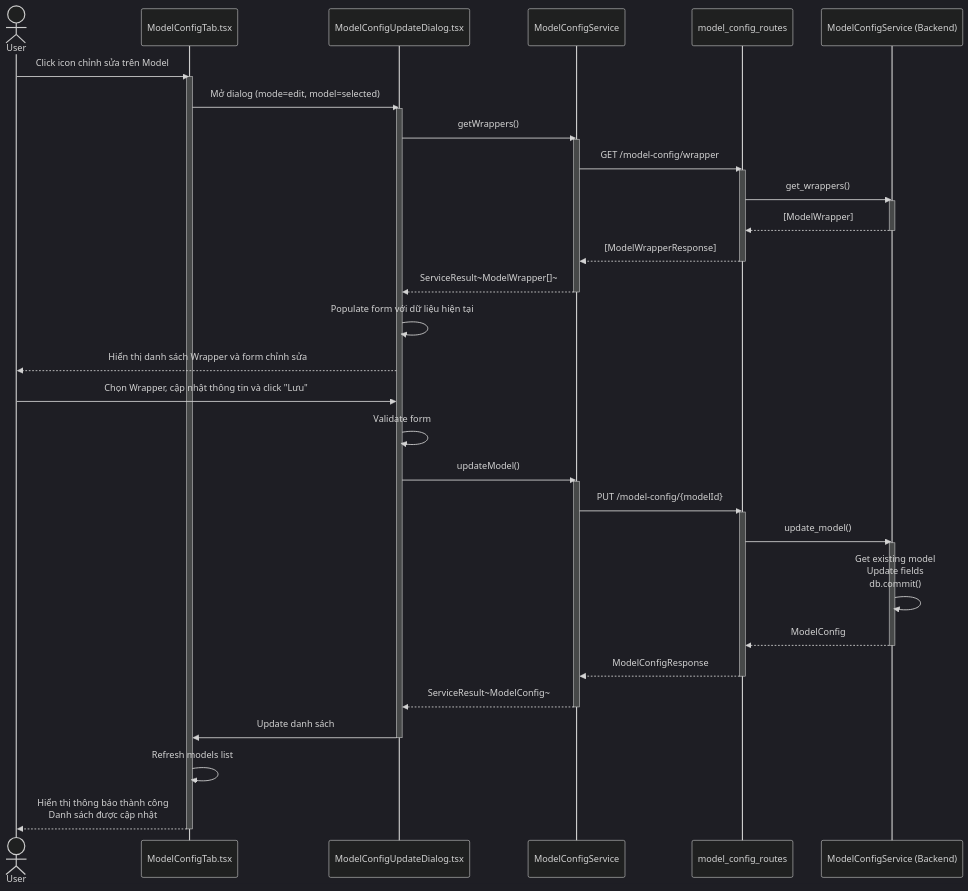
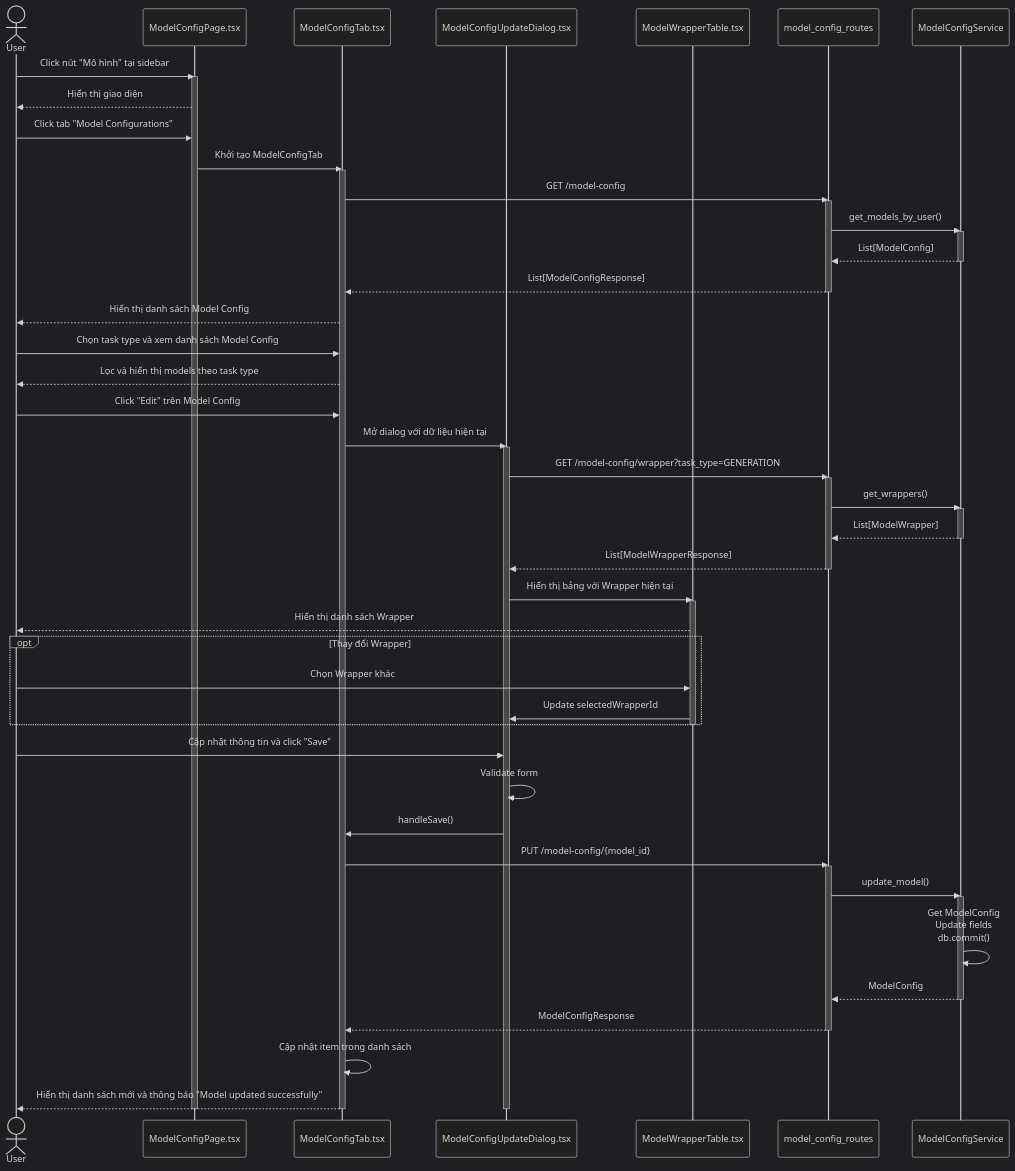
Before and after one commit to mduc-2610/gp_doc: the third of 10 diagrams in model_config/4_model_config_seq.md, drawn with Mermaid (dark theme). The commit also changed other lines of this file and 12 other files, not shown here.

Commit message:
refactor scenario and sequence

````diff
--- a/model_config/4_model_config_seq.md
+++ b/model_config/4_model_config_seq.md
@@ -111,62 +124,78 @@
 ```mermaid
 sequenceDiagram
     actor User
+    participant ModelConfigPage as ModelConfigPage.tsx
     participant ModelConfigTab as ModelConfigTab.tsx
     participant ModelConfigUpdateDialog as ModelConfigUpdateDialog.tsx
+    participant ModelWrapperTable as ModelWrapperTable.tsx
+    participant ModelConfigRoutes as model_config_routes
     participant ModelConfigService as ModelConfigService
-    participant ModelConfigRoutes as model_config_routes
-    participant ModelConfigBackendService as ModelConfigService (Backend)
 
-    User->>ModelConfigTab: Click icon chỉnh sửa trên Model
+    User->>ModelConfigPage: Click nút "Mô hình" tại sidebar
+    activate ModelConfigPage
+    ModelConfigPage-->>User: Hiển thị giao diện
+    
+    User->>ModelConfigPage: Click tab "Model Configurations"
+    ModelConfigPage->>ModelConfigTab: Khởi tạo ModelConfigTab
     activate ModelConfigTab
     
-    ModelConfigTab->>ModelConfigUpdateDialog: Mở dialog (mode=edit, model=selected)
+    ModelConfigTab->>ModelConfigRoutes: GET /model-config
+    activate ModelConfigRoutes
+    ModelConfigRoutes->>ModelConfigService: get_models_by_user()
+    activate ModelConfigService
+    ModelConfigService-->>ModelConfigRoutes: List[ModelConfig]
+    deactivate ModelConfigService
+    ModelConfigRoutes-->>ModelConfigTab: List[ModelConfigResponse]
+    deactivate ModelConfigRoutes
+    
+    ModelConfigTab-->>User: Hiển thị danh sách Model Config
+    
+    User->>ModelConfigTab: Chọn task type và xem danh sách Model Config
+    ModelConfigTab-->>User: Lọc và hiển thị models theo task type
+    
+    User->>ModelConfigTab: Click "Edit" trên Model Config
+    ModelConfigTab->>ModelConfigUpdateDialog: Mở dialog với dữ liệu hiện tại
     activate ModelConfigUpdateDialog
     
-    ModelConfigUpdateDialog->>ModelConfigService: getWrappers()
+    ModelConfigUpdateDialog->>ModelConfigRoutes: GET /model-config/wrapper?task_type=GENERATION
+    activate ModelConfigRoutes
+    ModelConfigRoutes->>ModelConfigService: get_wrappers()
     activate ModelConfigService
-    ModelConfigService->>ModelConfigRoutes: GET /model-config/wrapper
+    ModelConfigService-->>ModelConfigRoutes: List[ModelWrapper]
+    deactivate ModelConfigService
+    ModelConfigRoutes-->>ModelConfigUpdateDialog: List[ModelWrapperResponse]
+    deactivate ModelConfigRoutes
+    
+    ModelConfigUpdateDialog->>ModelWrapperTable: Hiển thị bảng với Wrapper hiện tại
+    activate ModelWrapperTable
+    ModelWrapperTable-->>User: Hiển thị danh sách Wrapper
+    
+    opt Thay đổi Wrapper
+        User->>ModelWrapperTable: Chọn Wrapper khác
+        ModelWrapperTable->>ModelConfigUpdateDialog: Update selectedWrapperId
+    end
+    deactivate ModelWrapperTable
+    
+    User->>ModelConfigUpdateDialog: Cập nhật thông tin và click "Save"
+    ModelConfigUpdateDialog->>ModelConfigUpdateDialog: Validate form
+    ModelConfigUpdateDialog->>ModelConfigTab: handleSave()
+    
+    ModelConfigTab->>ModelConfigRoutes: PUT /model-config/{model_id}
     activate ModelConfigRoutes
-    ModelConfigRoutes->>ModelConfigBackendService: get_wrappers()
-    activate ModelConfigBackendService
-    ModelConfigBackendService-->>ModelConfigRoutes: [ModelWrapper]
-    deactivate ModelConfigBackendService
-    ModelConfigRoutes-->>ModelConfigService: [ModelWrapperResponse]
-    deactivate ModelConfigRoutes
-    ModelConfigService-->>ModelConfigUpdateDialog: ServiceResult~ModelWrapper[]~
-    deactivate ModelConfigService
-    
-    ModelConfigUpdateDialog->>ModelConfigUpdateDialog: Populate form với dữ liệu hiện tại
-    ModelConfigUpdateDialog-->>User: Hiển thị danh sách Wrapper và form chỉnh sửa
-    
-    User->>ModelConfigUpdateDialog: Chọn Wrapper, cập nhật thông tin và click "Lưu"
-    
-    ModelConfigUpdateDialog->>ModelConfigUpdateDialog: Validate form
-    
-    ModelConfigUpdateDialog->>ModelConfigService: updateModel()
+    ModelConfigRoutes->>ModelConfigService: update_model()
     activate ModelConfigService
     
-    ModelConfigService->>ModelConfigRoutes: PUT /model-config/{modelId}
-    activate ModelConfigRoutes
+    ModelConfigService->>ModelConfigService: Get ModelConfig<br/>Update fields<br/>db.commit()
     
-    ModelConfigRoutes->>ModelConfigBackendService: update_model()
-    activate ModelConfigBackendService
-    
-    ModelConfigBackendService->>ModelConfigBackendService: Get existing model<br/>Update fields<br/>db.commit()
-    
-    ModelConfigBackendService-->>ModelConfigRoutes: ModelConfig
-    deactivate ModelConfigBackendService
-    
-    ModelConfigRoutes-->>ModelConfigService: ModelConfigResponse
+    ModelConfigService-->>ModelConfigRoutes: ModelConfig
+    deactivate ModelConfigService
+    ModelConfigRoutes-->>ModelConfigTab: ModelConfigResponse
     deactivate ModelConfigRoutes
     
-    ModelConfigService-->>ModelConfigUpdateDialog: ServiceResult~ModelConfig~
-    deactivate ModelConfigService
+    ModelConfigTab->>ModelConfigTab: Cập nhật item trong danh sách
+    ModelConfigTab-->>User: Hiển thị danh sách mới và thông báo "Model updated successfully"
     
-    ModelConfigUpdateDialog->>ModelConfigTab: Update danh sách
     deactivate ModelConfigUpdateDialog
-    
-    ModelConfigTab->>ModelConfigTab: Refresh models list
-    ModelConfigTab-->>User: Hiển thị thông báo thành công<br/>Danh sách được cập nhật
     deactivate ModelConfigTab
+    deactivate ModelConfigPage
 ```
````
